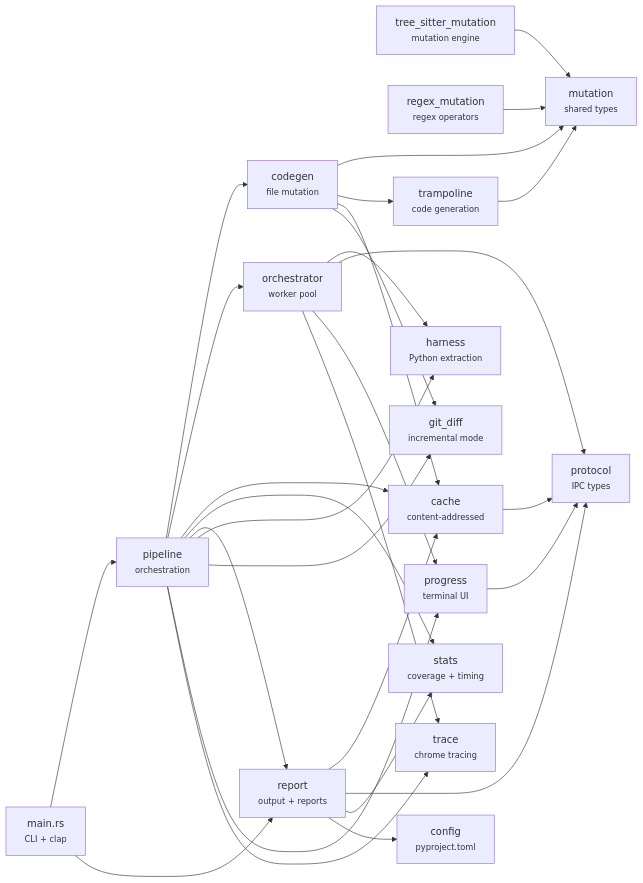
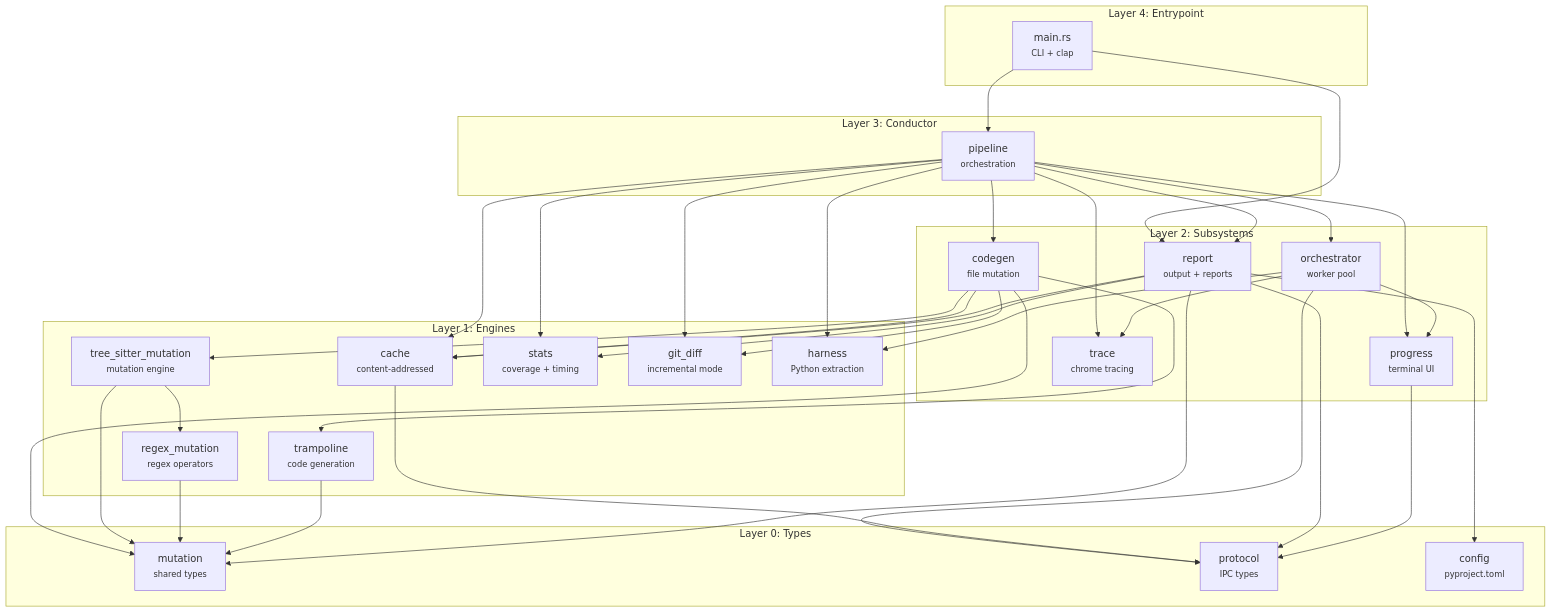
Before and after one commit to nwyin/irradiate: the first of 2 diagrams in docs/internals/architecture.md, drawn with Mermaid. The commit also changed other lines of this file, not shown here.

Commit message:
docs: update mermaid diagram to reflect clean DAG layering
Redraw the module dependency graph as a layered top-down DAG after
the cycle fix. Four layers: types → engines → subsystems → conductor.
No cycles, strict downward-only dependencies.

````diff
--- a/docs/internals/architecture.md
+++ b/docs/internals/architecture.md
@@ -85,54 +85,71 @@
 ```mermaid
-graph LR
-    main["main.rs<br/><small>CLI + clap</small>"]
-    pipeline["pipeline<br/><small>orchestration</small>"]
-    codegen["codegen<br/><small>file mutation</small>"]
-    orchestrator["orchestrator<br/><small>worker pool</small>"]
-    mutation["mutation<br/><small>shared types</small>"]
-    tree_sitter["tree_sitter_mutation<br/><small>mutation engine</small>"]
-    regex_mut["regex_mutation<br/><small>regex operators</small>"]
-    trampoline["trampoline<br/><small>code generation</small>"]
-    cache["cache<br/><small>content-addressed</small>"]
-    stats["stats<br/><small>coverage + timing</small>"]
-    report["report<br/><small>output + reports</small>"]
-    protocol["protocol<br/><small>IPC types</small>"]
-    harness["harness<br/><small>Python extraction</small>"]
-    config["config<br/><small>pyproject.toml</small>"]
-    git_diff["git_diff<br/><small>incremental mode</small>"]
-    progress["progress<br/><small>terminal UI</small>"]
-    trace["trace<br/><small>chrome tracing</small>"]
+graph TD
+    subgraph "Layer 4: Entrypoint"
+        main["main.rs<br/><small>CLI + clap</small>"]
+    end
+
+    subgraph "Layer 3: Conductor"
+        pipeline["pipeline<br/><small>orchestration</small>"]
+    end
+
+    subgraph "Layer 2: Subsystems"
+        codegen["codegen<br/><small>file mutation</small>"]
+        orchestrator["orchestrator<br/><small>worker pool</small>"]
+        report["report<br/><small>output + reports</small>"]
+        progress["progress<br/><small>terminal UI</small>"]
+        trace["trace<br/><small>chrome tracing</small>"]
+    end
+
+    subgraph "Layer 1: Engines"
+        tree_sitter["tree_sitter_mutation<br/><small>mutation engine</small>"]
+        regex_mut["regex_mutation<br/><small>regex operators</small>"]
+        trampoline["trampoline<br/><small>code generation</small>"]
+        cache["cache<br/><small>content-addressed</small>"]
+        stats["stats<br/><small>coverage + timing</small>"]
+        git_diff["git_diff<br/><small>incremental mode</small>"]
+        harness["harness<br/><small>Python extraction</small>"]
+    end
+
+    subgraph "Layer 0: Types"
+        mutation["mutation<br/><small>shared types</small>"]
+        protocol["protocol<br/><small>IPC types</small>"]
+        config["config<br/><small>pyproject.toml</small>"]
+    end
 
     main --> pipeline
     main --> report
 
     pipeline --> codegen
     pipeline --> orchestrator
     pipeline --> cache
     pipeline --> stats
     pipeline --> report
     pipeline --> harness
     pipeline --> git_diff
     pipeline --> progress
     pipeline --> trace
 
     codegen --> mutation
     codegen --> trampoline
     codegen --> cache
     codegen --> git_diff
+    codegen --> tree_sitter
 
     orchestrator --> harness
     orchestrator --> protocol
     orchestrator --> progress
     orchestrator --> trace
 
     tree_sitter --> mutation
+    tree_sitter --> regex_mut
     regex_mut --> mutation
     trampoline --> mutation
 
     cache --> protocol
     report --> cache
+    report --> mutation
     report --> protocol
     report --> stats
     report --> config
     progress --> protocol
 ```
````
